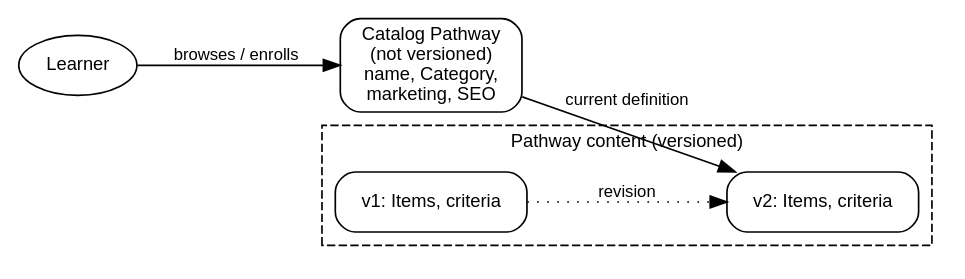
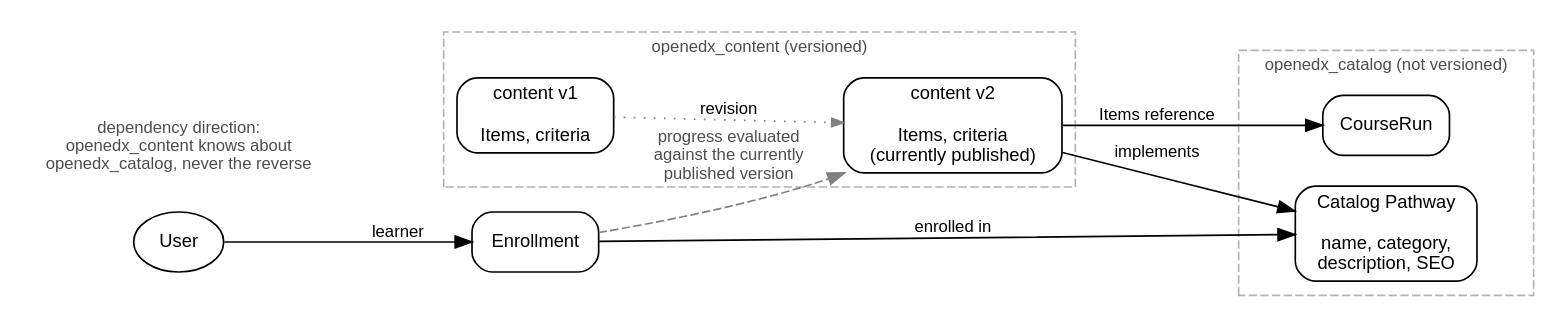
Before and after one commit to openedx/openedx-learning: the diagram in docs/openedx_learning/decisions/images/pathway-catalog-content.dot, drawn with Graphviz. The commit also changed 2 other files, not shown here.

Commit message:
fixup! docs: add ADR for pathway catalog and content split

```diff
--- a/docs/openedx_learning/decisions/images/pathway-catalog-content.dot
+++ b/docs/openedx_learning/decisions/images/pathway-catalog-content.dot
@@ -1,21 +1,40 @@
 digraph pathway_catalog_content {
     rankdir=LR;
     fontname="Helvetica";
+    compound=true;
     node [shape=box, style=rounded, fontname="Helvetica", fontsize=11];
     edge [fontname="Helvetica", fontsize=10];
 
-    learner [label="Learner", shape=ellipse];
-    catalog [label="Catalog Pathway\n(not versioned)\nname, Category,\nmarketing, SEO"];
+    subgraph cluster_catalog {
+        label="openedx_catalog (not versioned)";
+        fontsize=10;
+        fontcolor="#4d4d4d";
+        style=dashed;
+        color="#b3b3b3";
+        catalog [label="Catalog Pathway\n\nname, category,\ndescription, SEO"];
+        courserun [label="CourseRun"];
+    }
 
     subgraph cluster_content {
-        label="Pathway content (versioned)";
-        fontsize=11;
+        label="openedx_content (versioned)";
+        fontsize=10;
+        fontcolor="#4d4d4d";
         style=dashed;
-        v1 [label="v1: Items, criteria"];
-        v2 [label="v2: Items, criteria"];
-        v1 -> v2 [style=dotted, label="revision"];
+        color="#b3b3b3";
+        v1 [label="content v1\n\nItems, criteria"];
+        v2 [label="content v2\n\nItems, criteria\n(currently published)"];
+        v1 -> v2 [style=dotted, color="#808080", arrowsize=0.7, label="revision"];
     }
 
-    learner -> catalog [label="browses / enrolls"];
-    catalog -> v2 [label="current definition"];
+    user [label="User", shape=ellipse];
+    enrollment [label="Enrollment"];
+
+    user -> enrollment [label="learner"];
+    enrollment -> catalog [label="enrolled in"];
+    enrollment -> v2 [label="progress evaluated\nagainst the currently\npublished version", style=dashed, color="#808080", fontcolor="#4d4d4d"];
+
+    v2 -> catalog [label="implements"];
+    v2 -> courserun [label="Items reference"];
+
+    direction [label="dependency direction:\nopenedx_content knows about\nopenedx_catalog, never the reverse", shape=plaintext, fontsize=10, fontcolor="#4d4d4d"];
 }
```
